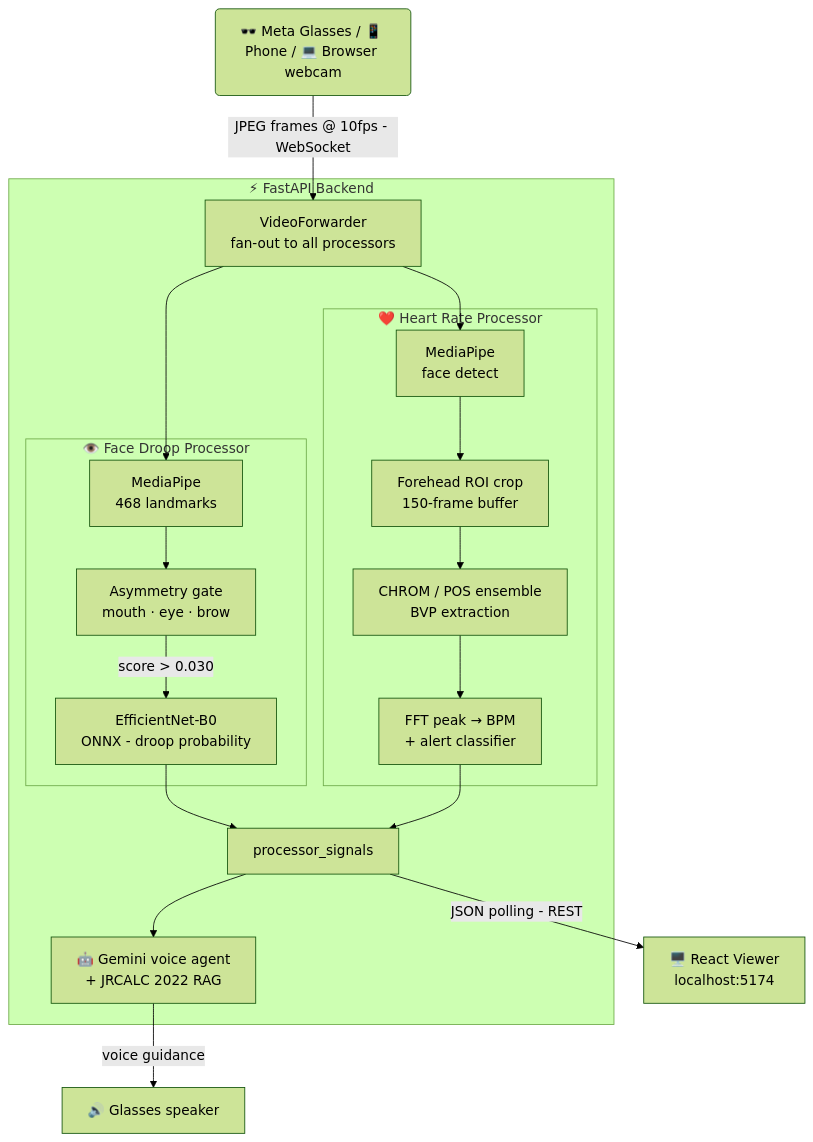
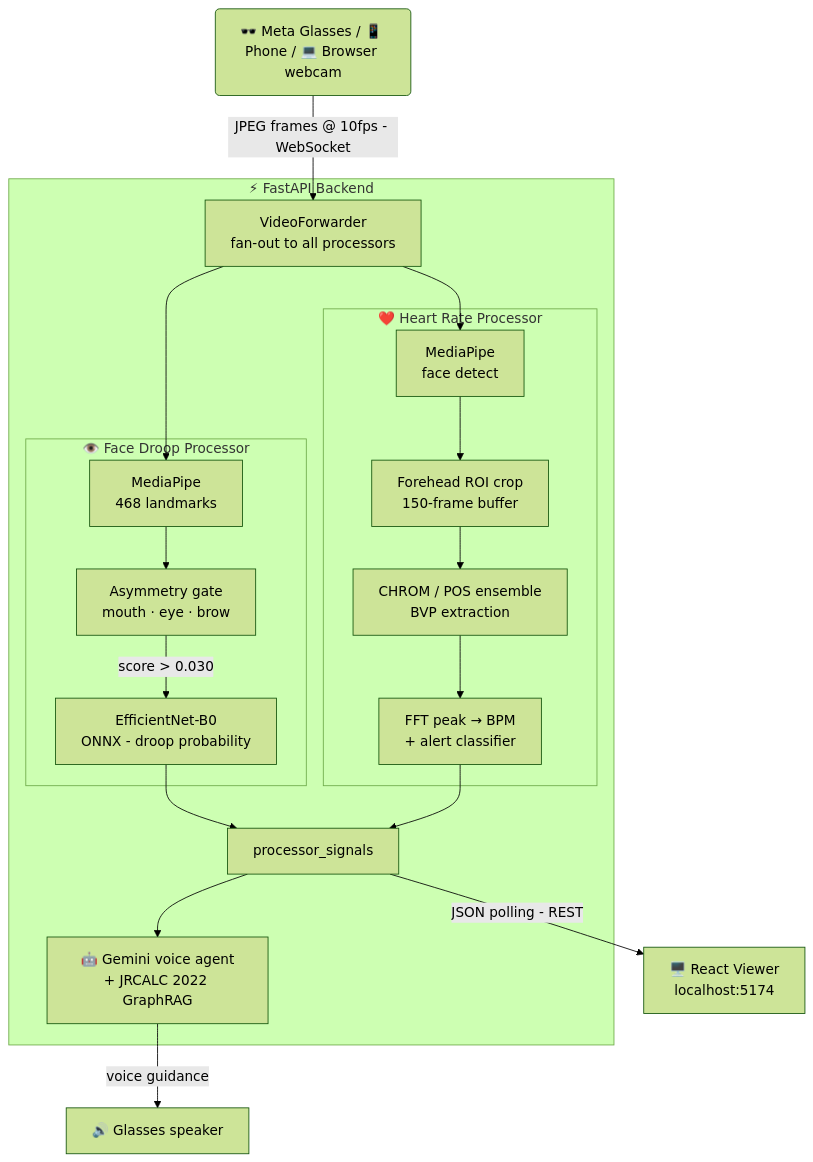
Before and after one commit to safishamsi/FirstSight: the second of 2 diagrams in README.md, drawn with Mermaid (forest theme). The commit also changed other lines of this file, not shown here.

Commit message:
Replace RAG with GraphRAG in all descriptive text, add MIT license with full author names

````diff
--- a/README.md
+++ b/README.md
@@ -306,31 +306,31 @@
 ```mermaid
 flowchart TD
     IN("🕶️ Meta Glasses / 📱 Phone / 💻 Browser webcam")
     IN -->|"JPEG frames @ 10fps - WebSocket"| VF
 
     subgraph backend["⚡ FastAPI Backend"]
         VF["VideoForwarder\nfan-out to all processors"]
 
         subgraph droop["👁️ Face Droop Processor"]
             D1["MediaPipe\n468 landmarks"] --> D2["Asymmetry gate\nmouth · eye · brow"]
             D2 -->|"score > 0.030"| D3["EfficientNet-B0\nONNX - droop probability"]
         end
 
         subgraph hr["❤️ Heart Rate Processor"]
             H1["MediaPipe\nface detect"] --> H2["Forehead ROI crop\n150-frame buffer"]
             H2 --> H3["CHROM / POS ensemble\nBVP extraction"]
             H3 --> H4["FFT peak → BPM\n+ alert classifier"]
         end
 
         VF --> D1
         VF --> H1
 
         D3 --> SIG["processor_signals"]
         H4 --> SIG
 
-        SIG --> GEM["🤖 Gemini voice agent\n+ JRCALC 2022 RAG"]
+        SIG --> GEM["🤖 Gemini voice agent\n+ JRCALC 2022 GraphRAG"]
     end
 
     SIG -->|"JSON polling - REST"| VIEW["🖥️ React Viewer\nlocalhost:5174"]
     GEM -->|"voice guidance"| SPK["🔊 Glasses speaker"]
 ```
````
